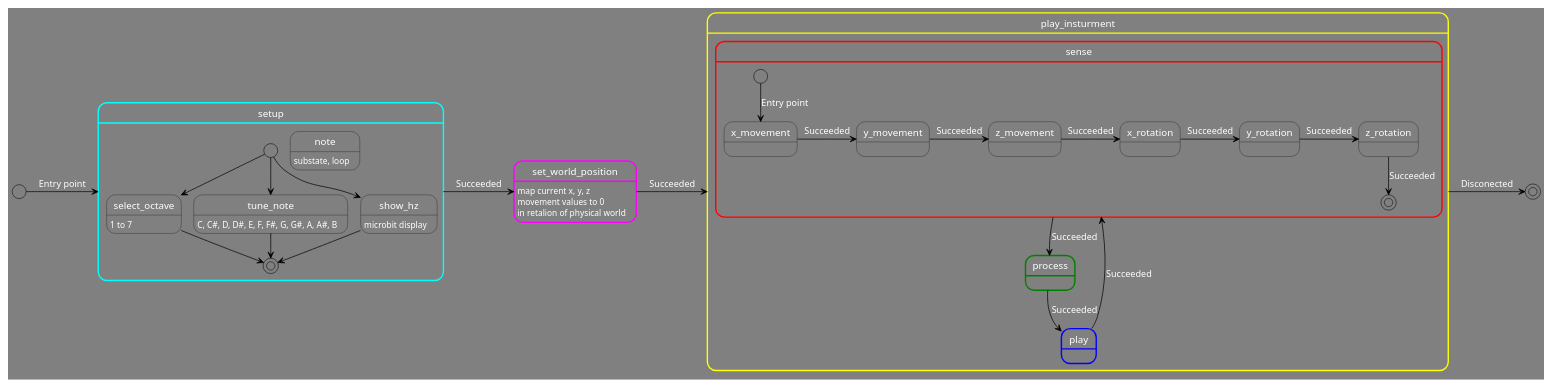
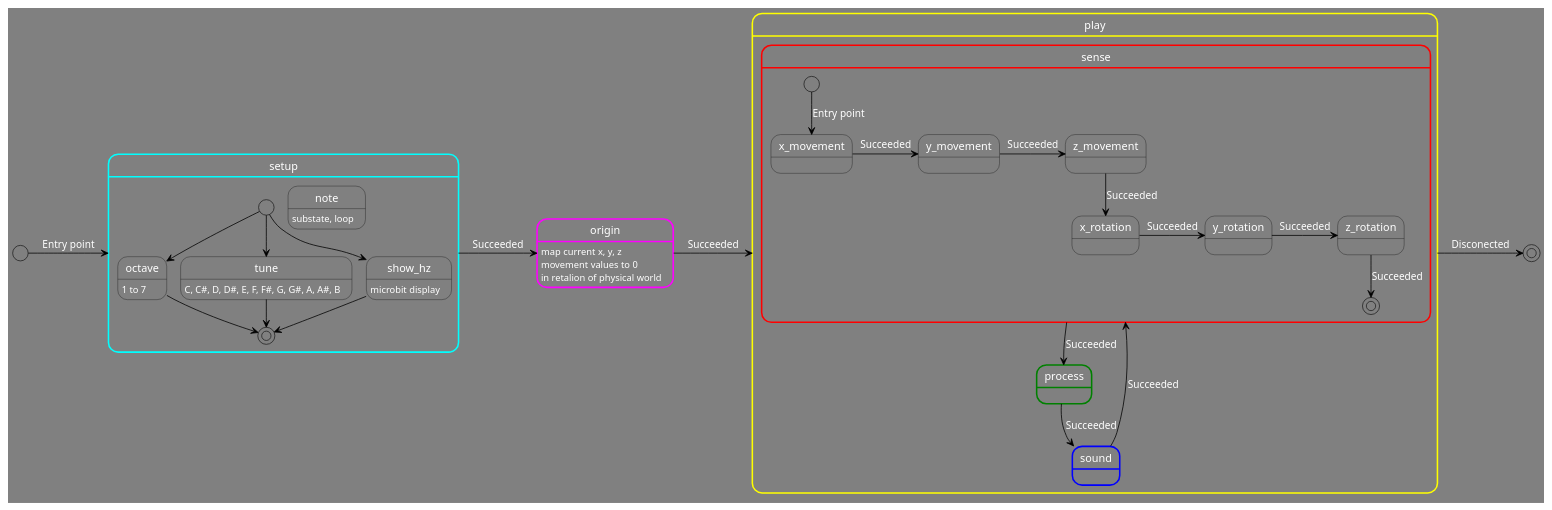
The diagram in Unidad3/puml/state_machine.puml (jfUPB/bitacorassfi12024-10-LemurWater), drawn with PlantUML before and after one commit.

Commit message:
nuevo sistema de lenguaje para los estados

```diff
--- a/Unidad3/puml/state_machine.puml
+++ b/Unidad3/puml/state_machine.puml
@@ -1,82 +1,81 @@
 @startuml
 
 scale 1920 width
 
 <style>
 stateDiagram {
   BackgroundColor grey
   'LineColor white
   FontName Impact
   FontColor white
   arrow {
     FontSize 13
     LineColor black
   }
 }
 </style>
 
 
 
 [*] -> setup : Entry point
 
 state setup ##[bold]cyan {
-    [*] --> select_octave
+    [*] --> octave
     note: substate, loop
-    [*] --> tune_note
+    [*] --> tune
     [*] --> show_hz
 
-    state select_octave {
-        select_octave: 1 to 7
+    state octave {
+        octave: 1 to 7
     }
-    state tune_note {
-        tune_note: C, C#, D, D#, E, F, F#, G, G#, A, A#, B
+    state tune {
+        tune: C, C#, D, D#, E, F, F#, G, G#, A, A#, B
     }
     state show_hz {
     show_hz: microbit display
     }
 
 
-    select_octave --> [*]
-    tune_note --> [*]
+    octave --> [*]
+    tune --> [*]
     show_hz --> [*]
 
 }
-setup -> set_world_position : Succeeded
+setup -> origin : Succeeded
 
 
-state set_world_position ##[bold]magenta {
- set_world_position: map current x, y, z
- set_world_position: movement values to 0
- set_world_position: in retalion of physical world
+state origin ##[bold]magenta {
+ origin: map current x, y, z
+ origin: movement values to 0
+ origin: in retalion of physical world
 }
-set_world_position -> play_insturment : Succeeded
+origin -> play : Succeeded
 
 
 
-state play_insturment ##[bold]yellow {
+state play ##[bold]yellow {
  state sense ##[bold]red {
   [*] --> x_movement : Entry point
   x_movement -> y_movement: Succeeded
   y_movement -> z_movement: Succeeded
-  z_movement -> x_rotation: Succeeded
+  z_movement --> x_rotation: Succeeded
   x_rotation -> y_rotation: Succeeded
   y_rotation -> z_rotation: Succeeded
   z_rotation --> [*]: Succeeded
  }
  sense --> process : Succeeded
  
 
 state process ##[bold]green {
  }
- process --> play : Succeeded
+ process --> sound : Succeeded
  
 
 
-state play ##[bold]blue {
+state sound ##[bold]blue {
  }
- play --> sense: Succeeded
+ sound --> sense: Succeeded
 }
 
-play_insturment -> [*] : Disconected
-
+play -> [*] : Disconected
 @enduml
```
